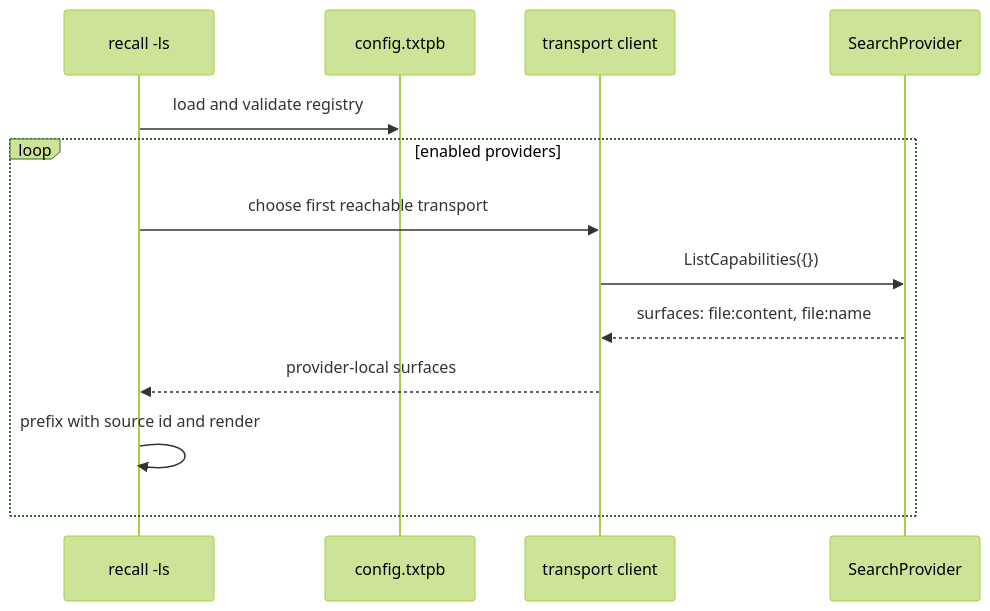
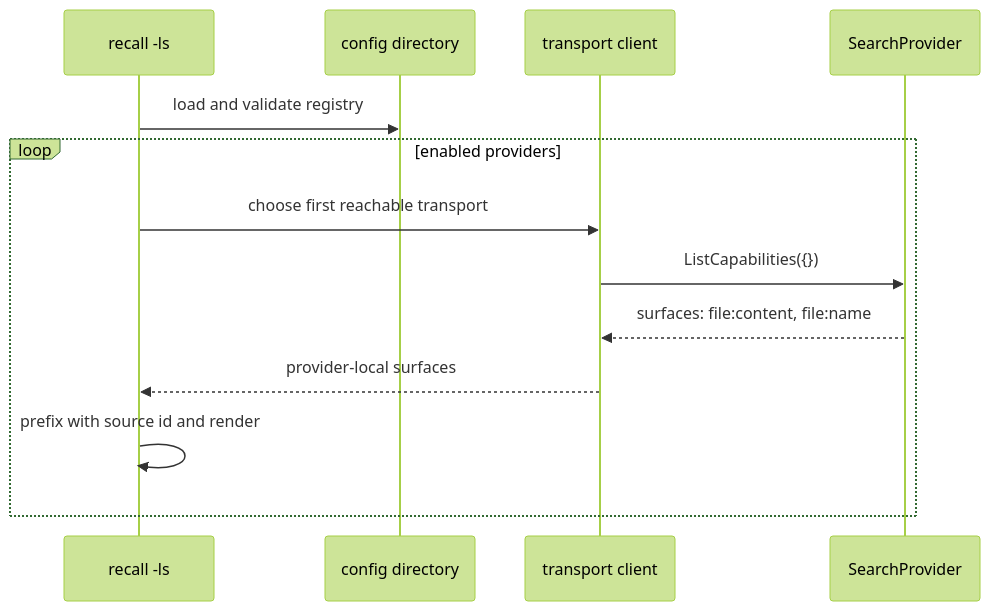
Before and after one commit to solodov/recall: the second of 3 diagrams in docs/architecture.md, drawn with Mermaid (forest theme). The commit also changed other lines of this file and 9 other files, not shown here.

Commit message:
Simplify recall config directory loading

````diff
--- a/docs/architecture.md
+++ b/docs/architecture.md
@@ -95,16 +94,16 @@
 ```mermaid
 sequenceDiagram
     participant CLI as recall -ls
-    participant Config as config.txtpb
+    participant Config as config directory
     participant Client as transport client
     participant Provider as SearchProvider
 
     CLI->>Config: load and validate registry
     loop enabled providers
         CLI->>Client: choose first reachable transport
         Client->>Provider: ListCapabilities({})
         Provider-->>Client: surfaces: file:content, file:name
         Client-->>CLI: provider-local surfaces
         CLI->>CLI: prefix with source id and render
     end
 ```
````
